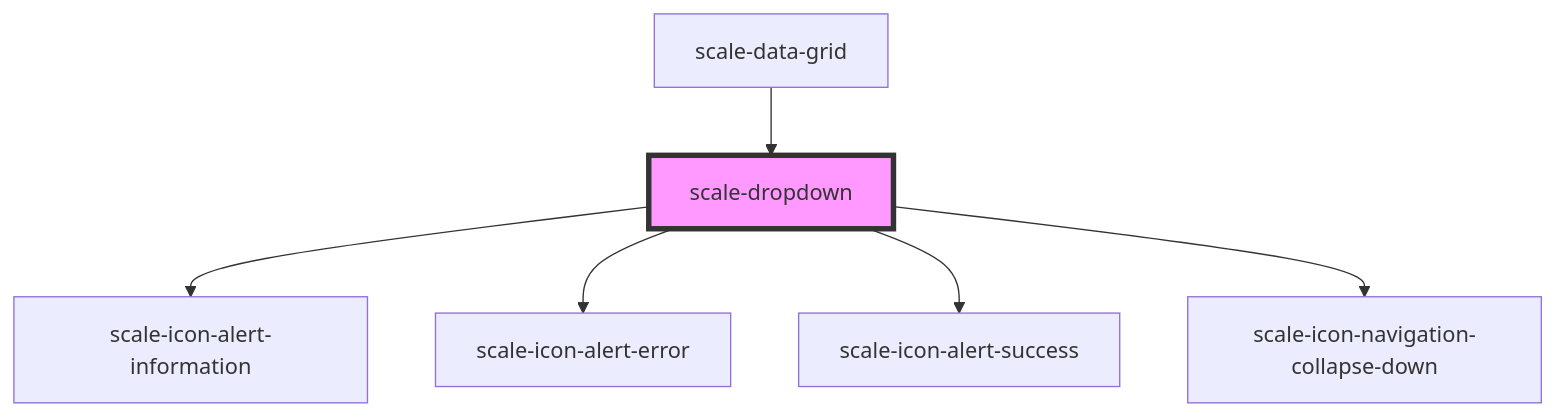
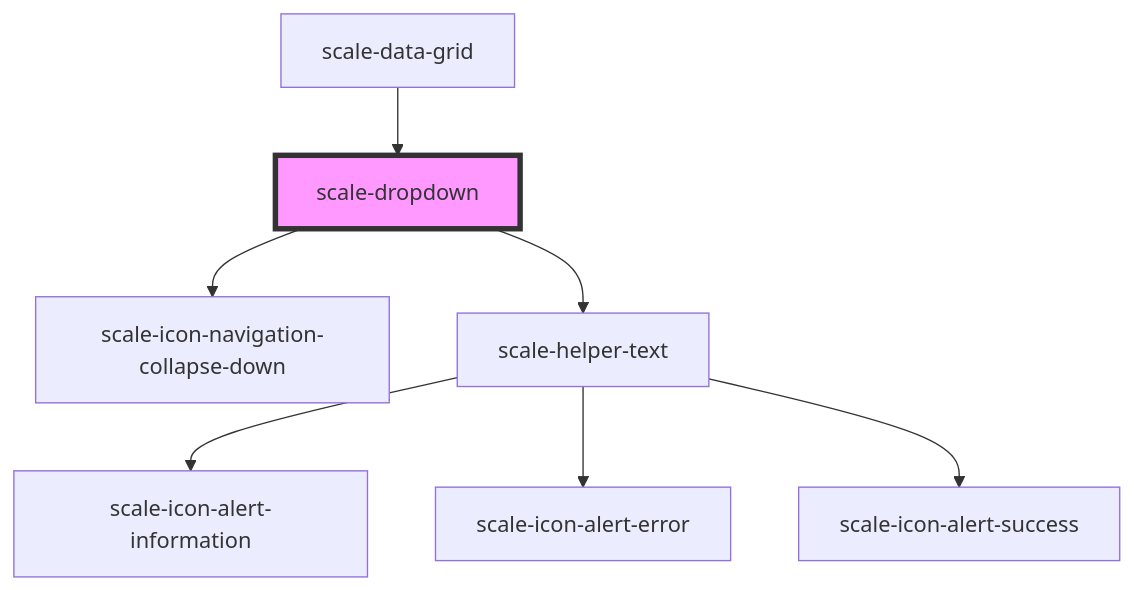
Before and after one commit to telekom/scale: the diagram in packages/components/src/components/dropdown/readme.md, drawn with Mermaid. The commit also changed other lines of this file and 12 other files, not shown here.

Commit message:
refactor(dropdown): including helper-text helper component

````diff
--- a/packages/components/src/components/dropdown/readme.md
+++ b/packages/components/src/components/dropdown/readme.md
@@ -62,9 +58,10 @@
 ```mermaid
 graph TD;
-  scale-dropdown --> scale-icon-alert-information
-  scale-dropdown --> scale-icon-alert-error
-  scale-dropdown --> scale-icon-alert-success
   scale-dropdown --> scale-icon-navigation-collapse-down
+  scale-dropdown --> scale-helper-text
+  scale-helper-text --> scale-icon-alert-information
+  scale-helper-text --> scale-icon-alert-error
+  scale-helper-text --> scale-icon-alert-success
   scale-data-grid --> scale-dropdown
   style scale-dropdown fill:#f9f,stroke:#333,stroke-width:4px
 ```
````
